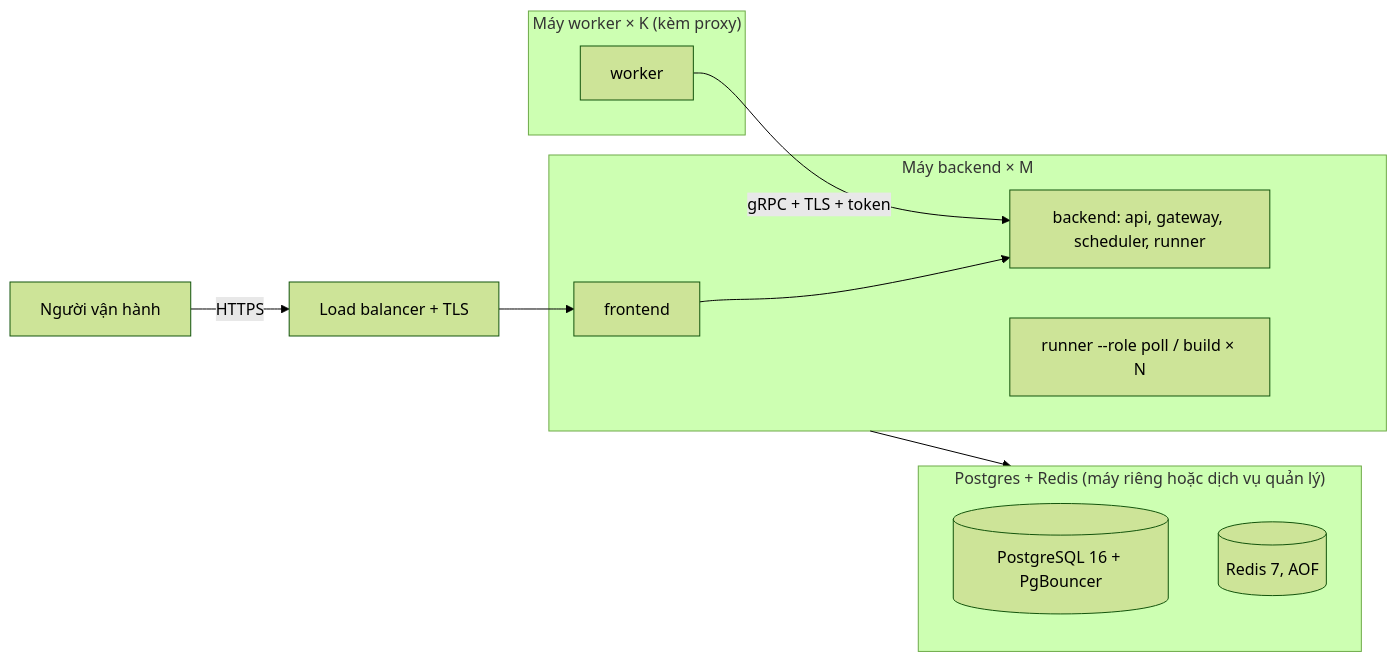
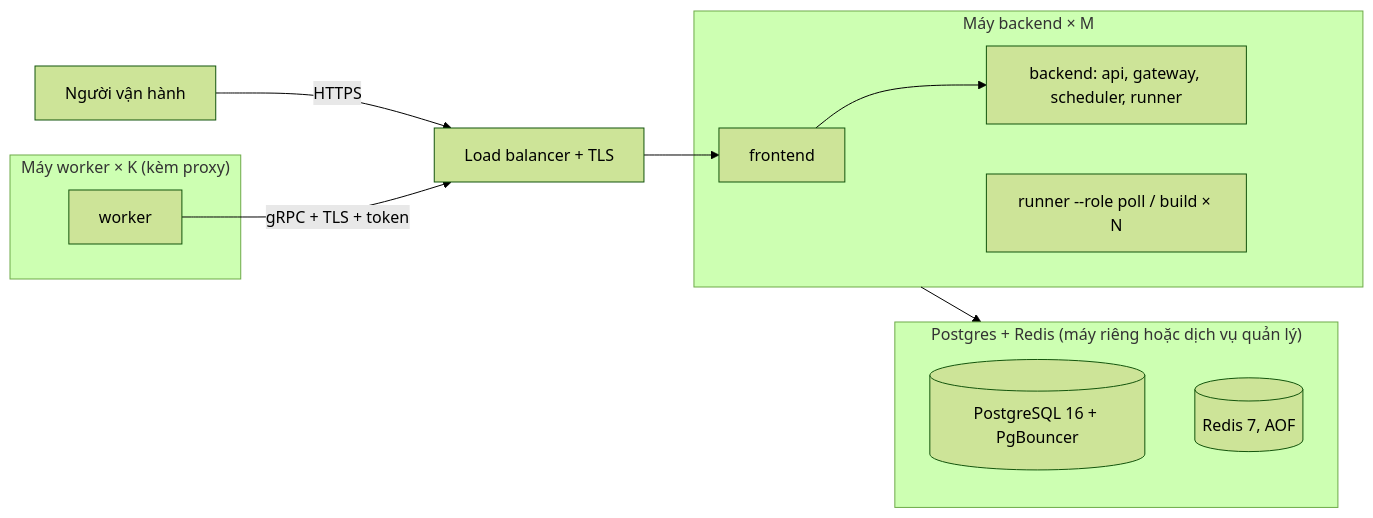
One commit to ntthanh2603/job-crawler changed the diagram in docs/DEPLOY.md. Above: the diagram before and after it, drawn with Mermaid (forest theme). The commit also changed other lines of this file and 26 other files, not shown here.

````diff
--- a/docs/DEPLOY.md
+++ b/docs/DEPLOY.md
@@ -11,18 +11,18 @@
 ```mermaid
 flowchart LR
   subgraph data["Postgres + Redis (máy riêng hoặc dịch vụ quản lý)"]
     PG[(PostgreSQL 16 + PgBouncer)]
     RD[(Redis 7, AOF)]
   end
   subgraph app["Máy backend × M"]
     FE[frontend]
     BE[backend: api, gateway, scheduler, runner]
     RX[runner --role poll / build × N]
   end
   subgraph workers["Máy worker × K (kèm proxy)"]
     W[worker]
   end
   U[Người vận hành] -->|HTTPS| LB[Load balancer + TLS] --> FE --> BE
-  W -->|gRPC + TLS + token| BE
+  W -->|gRPC + TLS + token| LB
   app --> data
 ```
````
